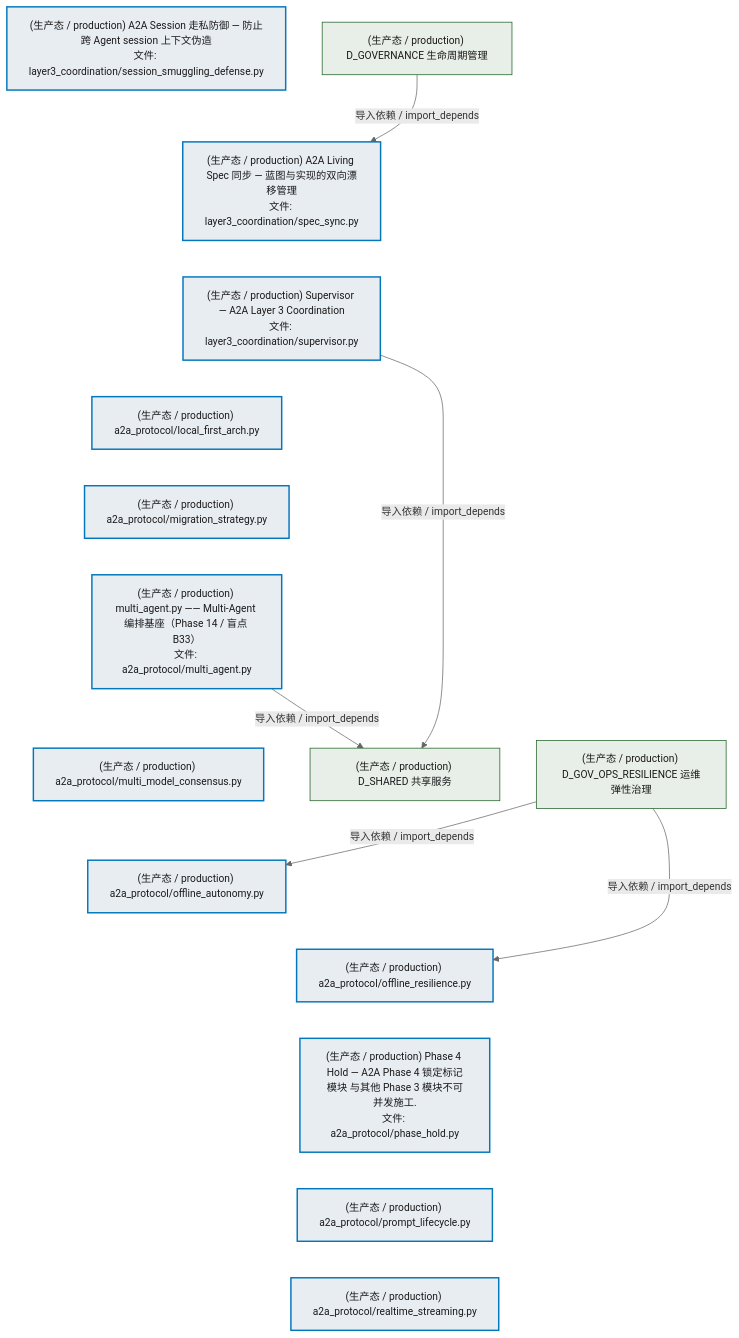
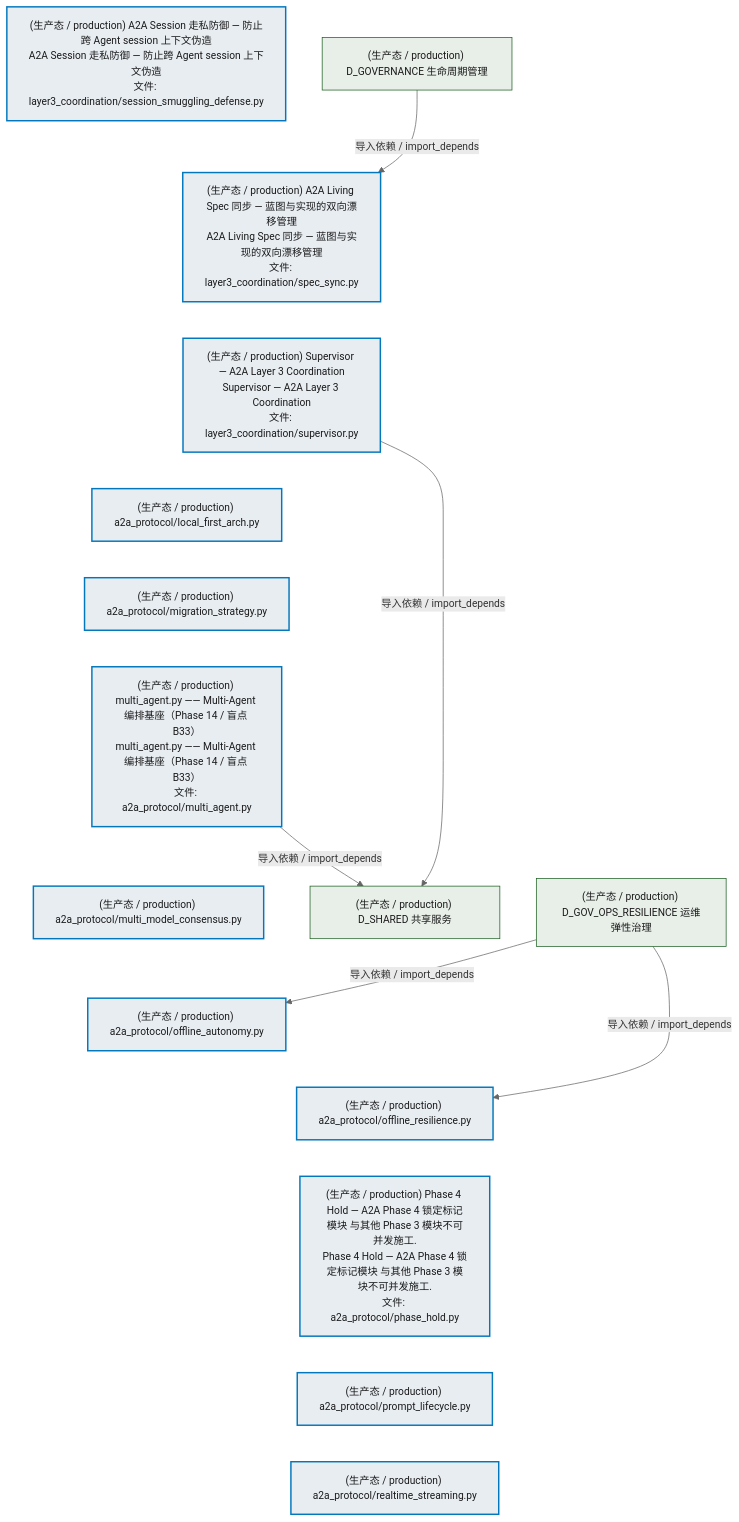
The third of 5 diagrams in docs/02_enterprise_architecture/02_domain_architecture_docs/03_d_infra_a2a.md (xuanFelixVan/ZephyrAlpha), drawn with Mermaid before and after one commit. The commit also changed other lines of this file and 80 other files, not shown here.

````diff
--- a/docs/02_enterprise_architecture/02_domain_architecture_docs/03_d_infra_a2a.md
+++ b/docs/02_enterprise_architecture/02_domain_architecture_docs/03_d_infra_a2a.md
@@ -312,41 +314,41 @@
 ```mermaid
 %%{init: {'theme': 'base', 'themeVariables': {'primaryColor': '#eaeaea', 'primaryTextColor': '#333333', 'primaryBorderColor': '#666666', 'lineColor': '#666666', 'secondaryColor': '#eaeaea', 'tertiaryColor': '#eaeaea', 'fontSize': '14px'}}}%%
 flowchart TD
-    src_zephyr_infrastructure_a2a_protocol_layer3_coordination_session_smuggling_defense_py["(生产态 / production) A2A Session 走私防御 — 防止跨 Agent session 上下文伪造<br/>文件: layer3_coordination/session_smuggling_defense.py"]
-    src_zephyr_infrastructure_a2a_protocol_layer3_coordination_spec_sync_py["(生产态 / production) A2A Living Spec 同步 — 蓝图与实现的双向漂移管理<br/>文件: layer3_coordination/spec_sync.py"]
-    src_zephyr_infrastructure_a2a_protocol_layer3_coordination_supervisor_py["(生产态 / production) Supervisor — A2A Layer 3 Coordination<br/>文件: layer3_coordination/supervisor.py"]
+    src_zephyr_infrastructure_a2a_protocol_layer3_coordination_session_smuggling_defense_py["(生产态 / production) A2A Session 走私防御 — 防止跨 Agent session 上下文伪造<br/>A2A Session 走私防御 — 防止跨 Agent session 上下文伪造<br/>文件: layer3_coordination/session_smuggling_defense.py"]
+    src_zephyr_infrastructure_a2a_protocol_layer3_coordination_spec_sync_py["(生产态 / production) A2A Living Spec 同步 — 蓝图与实现的双向漂移管理<br/>A2A Living Spec 同步 — 蓝图与实现的双向漂移管理<br/>文件: layer3_coordination/spec_sync.py"]
+    src_zephyr_infrastructure_a2a_protocol_layer3_coordination_supervisor_py["(生产态 / production) Supervisor — A2A Layer 3 Coordination<br/>Supervisor — A2A Layer 3 Coordination<br/>文件: layer3_coordination/supervisor.py"]
     src_zephyr_infrastructure_a2a_protocol_local_first_arch_py["(生产态 / production) a2a_protocol/local_first_arch.py"]
     src_zephyr_infrastructure_a2a_protocol_migration_strategy_py["(生产态 / production) a2a_protocol/migration_strategy.py"]
-    src_zephyr_infrastructure_a2a_protocol_multi_agent_py["(生产态 / production) multi_agent.py —— Multi-Agent 编排基座（Phase 14 / 盲点 B33）<br/>文件: a2a_protocol/multi_agent.py"]
+    src_zephyr_infrastructure_a2a_protocol_multi_agent_py["(生产态 / production) multi_agent.py —— Multi-Agent 编排基座（Phase 14 / 盲点 B33）<br/>multi_agent.py —— Multi-Agent 编排基座（Phase 14 / 盲点 B33）<br/>文件: a2a_protocol/multi_agent.py"]
     src_zephyr_infrastructure_a2a_protocol_multi_model_consensus_py["(生产态 / production) a2a_protocol/multi_model_consensus.py"]
     src_zephyr_infrastructure_a2a_protocol_offline_autonomy_py["(生产态 / production) a2a_protocol/offline_autonomy.py"]
     src_zephyr_infrastructure_a2a_protocol_offline_resilience_py["(生产态 / production) a2a_protocol/offline_resilience.py"]
-    src_zephyr_infrastructure_a2a_protocol_phase_hold_py["(生产态 / production) Phase 4 Hold — A2A Phase 4 锁定标记模块 与其他 Phase 3 模块不可并发施工.<br/>文件: a2a_protocol/phase_hold.py"]
+    src_zephyr_infrastructure_a2a_protocol_phase_hold_py["(生产态 / production) Phase 4 Hold — A2A Phase 4 锁定标记模块 与其他 Phase 3 模块不可并发施工.<br/>Phase 4 Hold — A2A Phase 4 锁定标记模块 与其他 Phase 3 模块不可并发施工.<br/>文件: a2a_protocol/phase_hold.py"]
     src_zephyr_infrastructure_a2a_protocol_prompt_lifecycle_py["(生产态 / production) a2a_protocol/prompt_lifecycle.py"]
     src_zephyr_infrastructure_a2a_protocol_realtime_streaming_py["(生产态 / production) a2a_protocol/realtime_streaming.py"]
     src_zephyr_infrastructure_a2a_protocol_layer3_coordination_session_smuggling_defense_py ~~~ src_zephyr_infrastructure_a2a_protocol_layer3_coordination_spec_sync_py
     src_zephyr_infrastructure_a2a_protocol_layer3_coordination_spec_sync_py ~~~ src_zephyr_infrastructure_a2a_protocol_layer3_coordination_supervisor_py
     src_zephyr_infrastructure_a2a_protocol_layer3_coordination_supervisor_py ~~~ src_zephyr_infrastructure_a2a_protocol_local_first_arch_py
     src_zephyr_infrastructure_a2a_protocol_local_first_arch_py ~~~ src_zephyr_infrastructure_a2a_protocol_migration_strategy_py
     src_zephyr_infrastructure_a2a_protocol_migration_strategy_py ~~~ src_zephyr_infrastructure_a2a_protocol_multi_agent_py
     src_zephyr_infrastructure_a2a_protocol_multi_agent_py ~~~ src_zephyr_infrastructure_a2a_protocol_multi_model_consensus_py
     src_zephyr_infrastructure_a2a_protocol_multi_model_consensus_py ~~~ src_zephyr_infrastructure_a2a_protocol_offline_autonomy_py
     src_zephyr_infrastructure_a2a_protocol_offline_autonomy_py ~~~ src_zephyr_infrastructure_a2a_protocol_offline_resilience_py
     src_zephyr_infrastructure_a2a_protocol_offline_resilience_py ~~~ src_zephyr_infrastructure_a2a_protocol_phase_hold_py
     src_zephyr_infrastructure_a2a_protocol_phase_hold_py ~~~ src_zephyr_infrastructure_a2a_protocol_prompt_lifecycle_py
     src_zephyr_infrastructure_a2a_protocol_prompt_lifecycle_py ~~~ src_zephyr_infrastructure_a2a_protocol_realtime_streaming_py
     D_SHARED["(生产态 / production) D_SHARED 共享服务"]
     src_zephyr_infrastructure_a2a_protocol_multi_agent_py -->|导入依赖 / import_depends| D_SHARED
     src_zephyr_infrastructure_a2a_protocol_layer3_coordination_supervisor_py -->|导入依赖 / import_depends| D_SHARED
     D_GOVERNANCE["(生产态 / production) D_GOVERNANCE 生命周期管理"]
     D_GOVERNANCE -->|导入依赖 / import_depends| src_zephyr_infrastructure_a2a_protocol_layer3_coordination_spec_sync_py
     D_GOV_OPS_RESILIENCE["(生产态 / production) D_GOV_OPS_RESILIENCE 运维弹性治理"]
     D_GOV_OPS_RESILIENCE -->|导入依赖 / import_depends| src_zephyr_infrastructure_a2a_protocol_offline_resilience_py
     D_GOV_OPS_RESILIENCE -->|导入依赖 / import_depends| src_zephyr_infrastructure_a2a_protocol_offline_autonomy_py
     classDef production fill:#e8edf2,stroke:#0277bd,stroke-width:2px,color:#1a1a1a
     classDef design fill:#f0ebe3,stroke:#bf360c,stroke-width:2px,color:#1a1a1a,stroke-dasharray: 5 5
     classDef external_prod fill:#e8efe9,stroke:#1b5e20,stroke-width:1px,color:#1a1a1a
     classDef external_design fill:#efe5ea,stroke:#880e4f,stroke-width:1px,color:#1a1a1a,stroke-dasharray: 5 5
     class src_zephyr_infrastructure_a2a_protocol_layer3_coordination_session_smuggling_defense_py,src_zephyr_infrastructure_a2a_protocol_layer3_coordination_spec_sync_py,src_zephyr_infrastructure_a2a_protocol_layer3_coordination_supervisor_py,src_zephyr_infrastructure_a2a_protocol_local_first_arch_py,src_zephyr_infrastructure_a2a_protocol_migration_strategy_py,src_zephyr_infrastructure_a2a_protocol_multi_agent_py,src_zephyr_infrastructure_a2a_protocol_multi_model_consensus_py,src_zephyr_infrastructure_a2a_protocol_offline_autonomy_py,src_zephyr_infrastructure_a2a_protocol_offline_resilience_py,src_zephyr_infrastructure_a2a_protocol_phase_hold_py,src_zephyr_infrastructure_a2a_protocol_prompt_lifecycle_py,src_zephyr_infrastructure_a2a_protocol_realtime_streaming_py production
     class D_SHARED,D_GOVERNANCE,D_GOV_OPS_RESILIENCE external_prod
 ```
````
